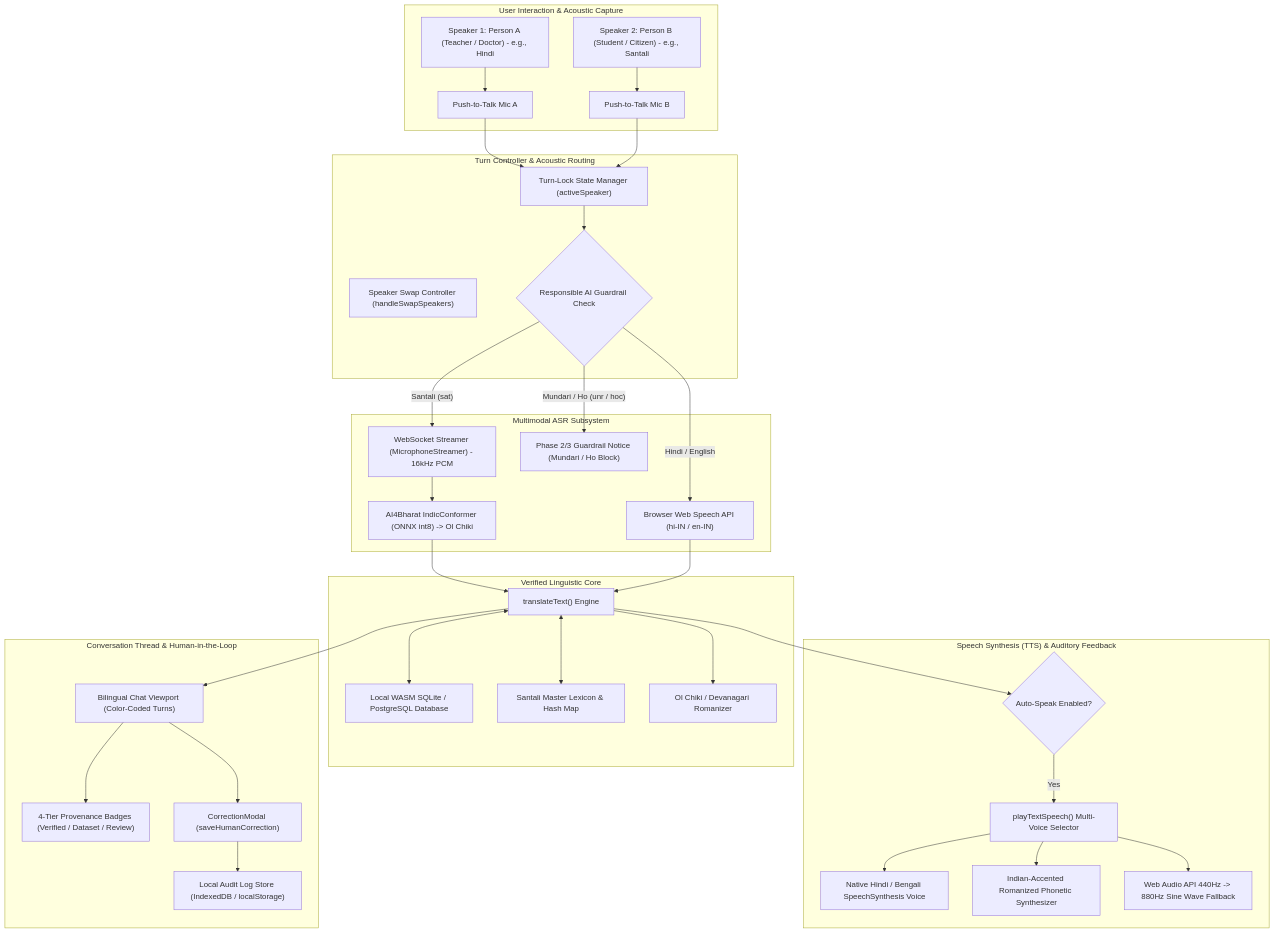
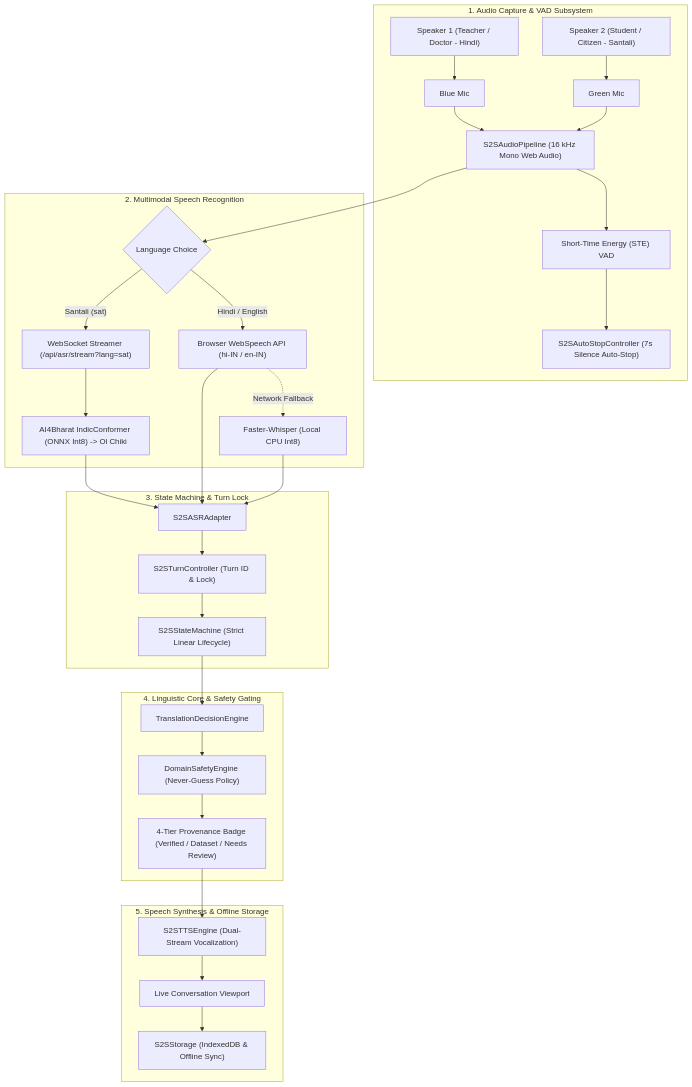
Before and after one commit to Alfanshaikh786/SIH_Bhasha_Setu: the diagram in research/reports/SPEECH_TO_SPEECH_FEATURE_REPORT.md, drawn with Mermaid. The commit also changed other lines of this file and 85 other files, not shown here.

Commit message:
feat(video-subtitle): clean pipeline UX, song mode with lyrics alignment, translation complete & playback studio

````diff
--- a/research/reports/SPEECH_TO_SPEECH_FEATURE_REPORT.md
+++ b/research/reports/SPEECH_TO_SPEECH_FEATURE_REPORT.md
@@ -36,69 +40,36 @@
 ```mermaid
 flowchart TD
-    subgraph Speaker_Layer ["User Interaction & Acoustic Capture"]
-        SP_A["Speaker 1: Person A (Teacher / Doctor) - e.g., Hindi"]
-        SP_B["Speaker 2: Person B (Student / Citizen) - e.g., Santali"]
-        MIC_A["Push-to-Talk Mic A"]
-        MIC_B["Push-to-Talk Mic B"]
+    subgraph Capture_Layer ["1. Audio Capture & VAD Subsystem"]
+        SP_A["Speaker 1 (Teacher / Doctor - Hindi)"] --> MIC_A["Blue Mic"]
+        SP_B["Speaker 2 (Student / Citizen - Santali)"] --> MIC_B["Green Mic"]
+        MIC_A & MIC_B --> PIPE["S2SAudioPipeline (16 kHz Mono Web Audio)"]
+        PIPE --> VAD["Short-Time Energy (STE) VAD"]
+        VAD --> AUTO_STOP["S2SAutoStopController (7s Silence Auto-Stop)"]
     end
 
-    subgraph Turn_Taking ["Turn Controller & Acoustic Routing"]
-        LOCK["Turn-Lock State Manager (activeSpeaker)"]
-        SWAP["Speaker Swap Controller (handleSwapSpeakers)"]
-        GUARD{"Responsible AI Guardrail Check"}
+    subgraph ASR_Layer ["2. Multimodal Speech Recognition"]
+        PIPE --> ROUTE{"Language Choice"}
+        ROUTE -- "Santali (sat)" --> WS["WebSocket Streamer (/api/asr/stream?lang=sat)"]
+        WS --> CONFORMER["AI4Bharat IndicConformer (ONNX Int8) -> Ol Chiki"]
+        ROUTE -- "Hindi / English" --> WEBSPEECH["Browser WebSpeech API (hi-IN / en-IN)"]
+        WEBSPEECH -. "Network Fallback" .-> LOCAL_WHISPER["Faster-Whisper (Local CPU Int8)"]
     end
 
-    subgraph ASR_Dispatch ["Multimodal ASR Subsystem"]
-        WS_STREAM["WebSocket Streamer (MicrophoneStreamer) - 16kHz PCM"]
-        CONFORMER["AI4Bharat IndicConformer (ONNX int8) -> Ol Chiki"]
-        WEB_SPEECH["Browser Web Speech API (hi-IN / en-IN)"]
-        BLOCK_NOTICE["Phase 2/3 Guardrail Notice (Mundari / Ho Block)"]
+    subgraph State_Layer ["3. State Machine & Turn Lock"]
+        CONFORMER & WEBSPEECH & LOCAL_WHISPER --> ASR_ADAPTER["S2SASRAdapter"]
+        ASR_ADAPTER --> TURN_CTRL["S2STurnController (Turn ID & Lock)"]
+        TURN_CTRL --> FSM["S2SStateMachine (Strict Linear Lifecycle)"]
     end
 
-    subgraph Translation_Core ["Verified Linguistic Core"]
-        TRANS["translateText() Engine"]
-        SQLITE["Local WASM SQLite / PostgreSQL Database"]
-        LEXICON["Santali Master Lexicon & Hash Map"]
-        PHONETIC["Ol Chiki / Devanagari Romanizer"]
+    subgraph Translation_Safety ["4. Linguistic Core & Safety Gating"]
+        FSM --> TRANS["TranslationDecisionEngine"]
+        TRANS --> SAFETY["DomainSafetyEngine (Never-Guess Policy)"]
+        SAFETY --> PROV["4-Tier Provenance Badge (Verified / Dataset / Needs Review)"]
     end
 
-    subgraph TTS_Acoustic ["Speech Synthesis (TTS) & Auditory Feedback"]
-        AUTO_SPEAK{"Auto-Speak Enabled?"}
-        TTS_DISPATCH["playTextSpeech() Multi-Voice Selector"]
-        VOICE_HI["Native Hindi / Bengali SpeechSynthesis Voice"]
-        VOICE_IN["Indian-Accented Romanized Phonetic Synthesizer"]
-        CHIME["Web Audio API 440Hz -> 880Hz Sine Wave Fallback"]
+    subgraph Synthesis_Storage ["5. Speech Synthesis & Offline Storage"]
+        PROV --> TTS["S2STTSEngine (Dual-Stream Vocalization)"]
+        TTS --> CHAT["Live Conversation Viewport"]
+        CHAT --> STORAGE["S2SStorage (IndexedDB & Offline Sync)"]
     end
-
-    subgraph Audit_UI ["Conversation Thread & Human-in-the-Loop"]
-        CHAT_UI["Bilingual Chat Viewport (Color-Coded Turns)"]
-        TIER_BADGE["4-Tier Provenance Badges (Verified / Dataset / Review)"]
-        EDIT_MODAL["CorrectionModal (saveHumanCorrection)"]
-        AUDIT_DB["Local Audit Log Store (IndexedDB / localStorage)"]
-    end
-
-    SP_A --> MIC_A --> LOCK
-    SP_B --> MIC_B --> LOCK
-    LOCK --> GUARD
-
-    GUARD -- "Mundari / Ho (unr / hoc)" --> BLOCK_NOTICE
-    GUARD -- "Santali (sat)" --> WS_STREAM --> CONFORMER
-    GUARD -- "Hindi / English" --> WEB_SPEECH
-
-    CONFORMER --> TRANS
-    WEB_SPEECH --> TRANS
-
-    TRANS <--> SQLITE
-    TRANS <--> LEXICON
-    TRANS --> PHONETIC
-    TRANS --> CHAT_UI
-
-    CHAT_UI --> TIER_BADGE
-    CHAT_UI --> EDIT_MODAL --> AUDIT_DB
-
-    TRANS --> AUTO_SPEAK
-    AUTO_SPEAK -- "Yes" --> TTS_DISPATCH
-    TTS_DISPATCH --> VOICE_HI
-    TTS_DISPATCH --> VOICE_IN
-    TTS_DISPATCH --> CHIME
 ```
````
